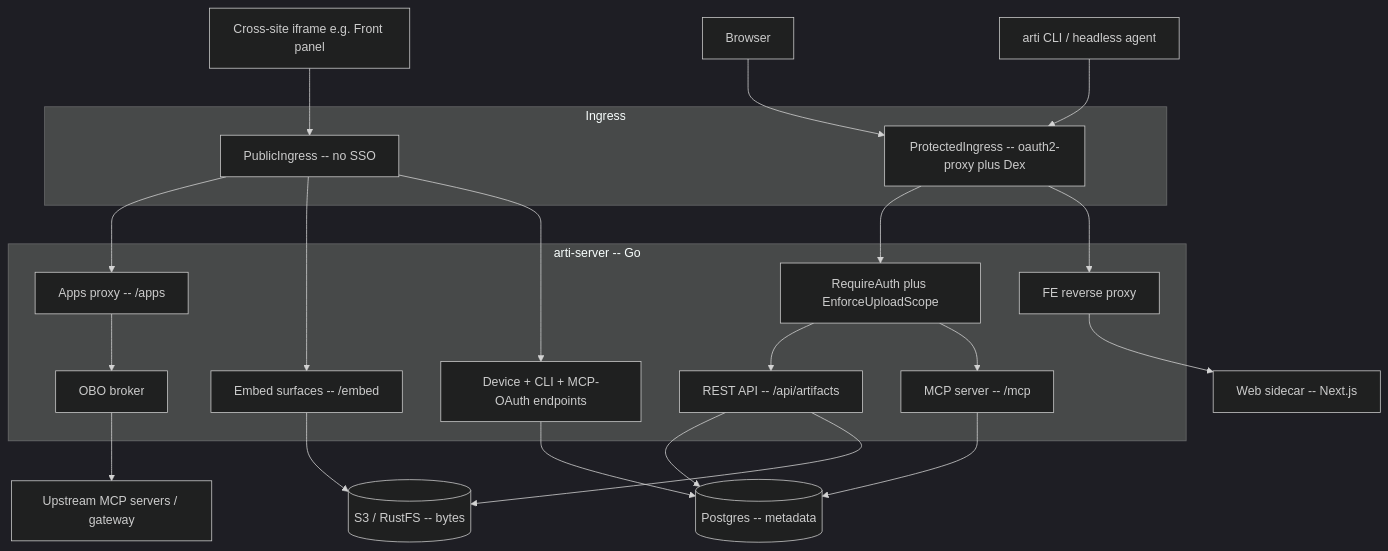
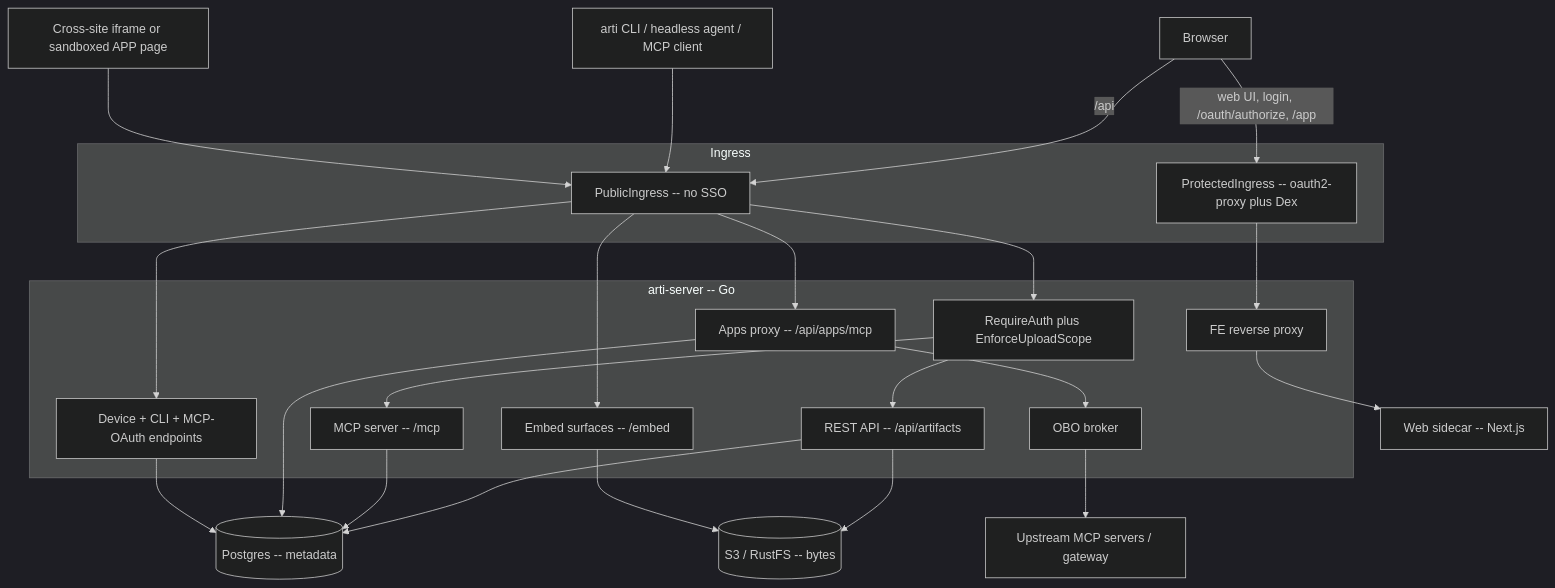
The diagram in web/docs/architecture/system-overview.mmd (angellist/arti-oss), drawn with Mermaid (dark theme) before and after one commit. The commit also changed 148 other files, not shown here.

```diff
--- a/web/docs/architecture/system-overview.mmd
+++ b/web/docs/architecture/system-overview.mmd
@@ -1,47 +1,49 @@
 flowchart TB
-  cli[arti CLI / headless agent]
+  cli[arti CLI / headless agent / MCP client]
   browser[Browser]
-  iframe[Cross-site iframe e.g. Front panel]
+  iframe[Cross-site iframe or sandboxed APP page]
 
   subgraph ingress[Ingress]
     prot[ProtectedIngress -- oauth2-proxy plus Dex]
     pub[PublicIngress -- no SSO]
   end
 
-  browser --> prot
-  cli --> prot
+  browser -- web UI, login, /oauth/authorize, /app --> prot
+  browser -- /api --> pub
+  cli --> pub
   iframe --> pub
 
   subgraph server[arti-server -- Go]
     authmw[RequireAuth plus EnforceUploadScope]
     rest[REST API -- /api/artifacts]
     mcp[MCP server -- /mcp]
-    apps[Apps proxy -- /apps]
+    apps[Apps proxy -- /api/apps/mcp]
     obo[OBO broker]
     embed[Embed surfaces -- /embed]
     devauth[Device + CLI + MCP-OAuth endpoints]
     feproxy[FE reverse proxy]
   end
 
-  prot --> authmw
+  pub --> authmw
   authmw --> rest
   authmw --> mcp
   pub --> apps
   pub --> embed
   pub --> devauth
   prot --> feproxy
 
   web[Web sidecar -- Next.js]
   feproxy --> web
 
   pg[(Postgres -- metadata)]
   s3[(S3 / RustFS -- bytes)]
   gateway[Upstream MCP servers / gateway]
 
   rest --> pg
   rest --> s3
   mcp --> pg
+  apps --> pg
   apps --> obo
   obo --> gateway
   embed --> s3
   devauth --> pg
```
